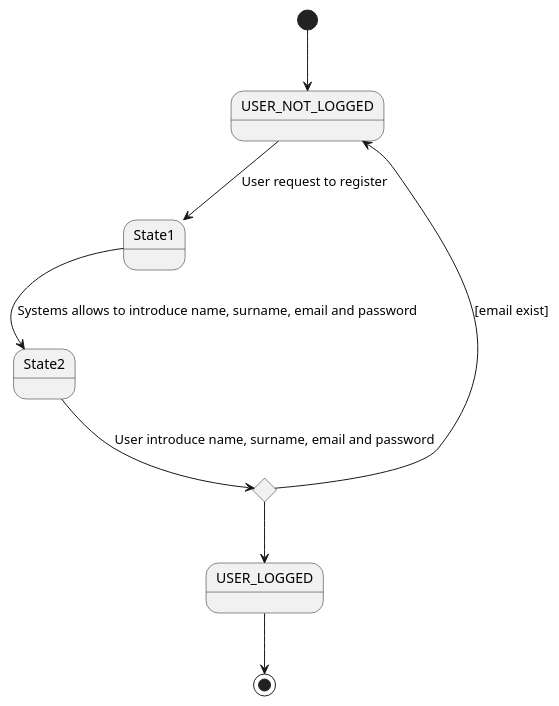
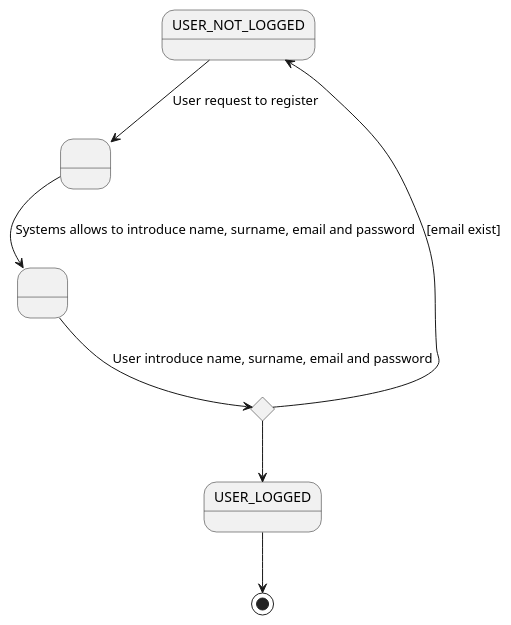
One commit to nataliacasanova/analesdelaciencia changed the sixth of 7 diagrams in index.adoc. Above: the diagram before and after it, drawn with PlantUML. The commit also changed other lines of this file and 23 other files, not shown here.

```diff
--- a/index.adoc
+++ b/index.adoc
@@ -198,17 +204,19 @@
 [plantuml, registerUseCase, svg]
 ....
 
-[*] --> USER_NOT_LOGGED
+state " " as State1
+state " " as State2
+
 USER_NOT_LOGGED -down-> State1 : User request to register 
 State1 --> State2 : Systems allows to introduce name, surname, email and password
 
 
 state c <<choice>>
 
 State2 --> c : User introduce name, surname, email and password
 c -up-> USER_NOT_LOGGED : [email exist]
 c --> USER_LOGGED 
 USER_LOGGED --> [*]
 
 
 ....
```
